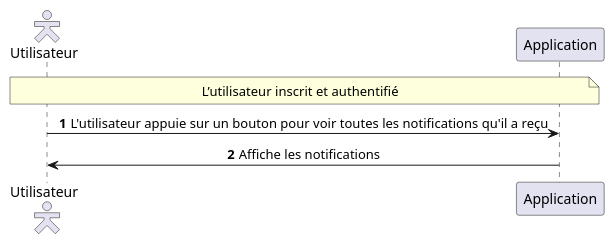
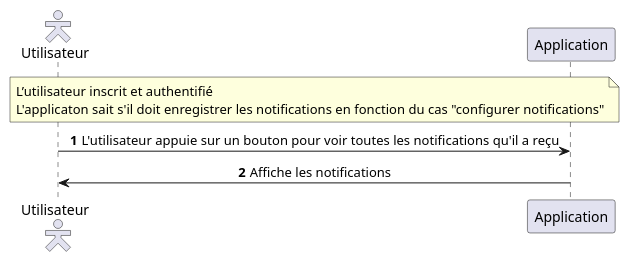
The diagram in src/Description_des_scenarios_Notification_consulter _ses_notifications.puml (MinaroliCorentin/PSO), drawn with PlantUML before and after one commit. The commit also changed 5 other files, not shown here.

Commit message:
Modification sur les cas d'utilisation. La définition du quartier necessite d'avoir renseigné une ville. Developpement plus important de rechercher profil

```diff
--- a/src/Description_des_scenarios_Notification_consulter _ses_notifications.puml
+++ b/src/Description_des_scenarios_Notification_consulter _ses_notifications.puml
@@ -1,16 +1,17 @@
 @startuml
 autonumber
 skinparam sequenceMessageAlign center
 skinparam actorStyle hollow
 
 actor "Utilisateur" as user
 participant "Application" as app
 
 note over user, app
 L’utilisateur inscrit et authentifié
+L'applicaton sait s'il doit enregistrer les notifications en fonction du cas "configurer notifications"
 end note
 
 user -> app : L'utilisateur appuie sur un bouton pour voir toutes les notifications qu'il a reçu
 app -> user : Affiche les notifications
 
 @enduml
```
